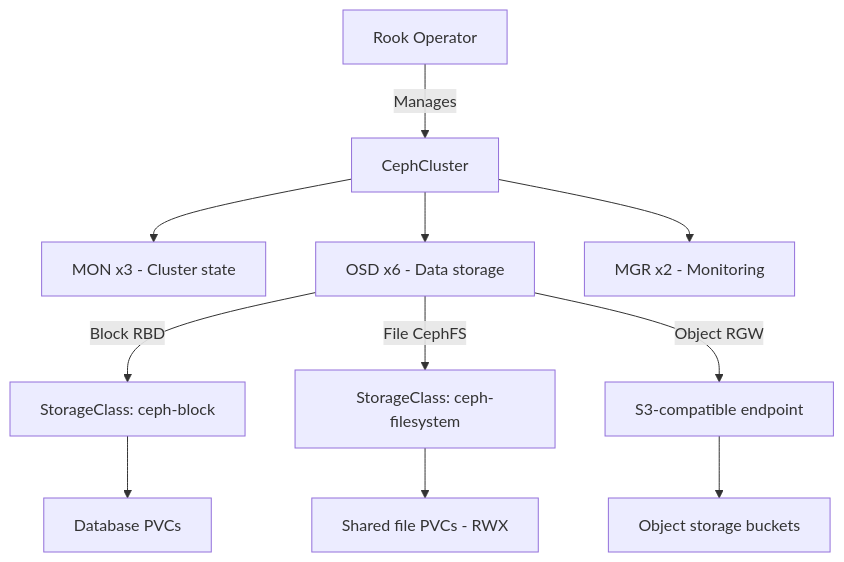
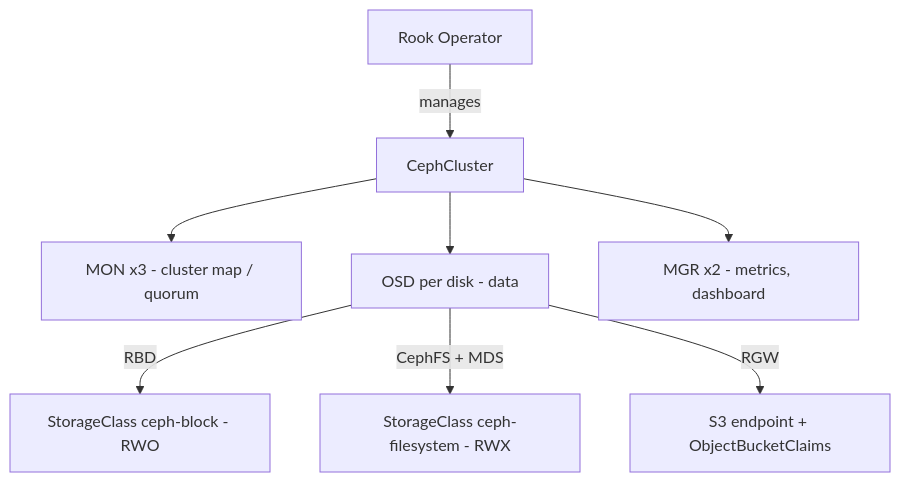
The diagram in src/content/recipes/rook-ceph-storage-kubernetes.md (greg4fun/kubernetesrecipes.github.io), drawn with Mermaid before and after one commit. The commit also changed other lines of this file and 537 other files, not shown here.

````diff
--- a/src/content/recipes/rook-ceph-storage-kubernetes.md
+++ b/src/content/recipes/rook-ceph-storage-kubernetes.md
@@ -134,13 +262,10 @@
 ```mermaid
 graph TD
-    A[Rook Operator] -->|Manages| B[CephCluster]
-    B --> C[MON x3 - Cluster state]
-    B --> D[OSD x6 - Data storage]
-    B --> E[MGR x2 - Monitoring]
-    D -->|Block RBD| F[StorageClass: ceph-block]
-    D -->|File CephFS| G[StorageClass: ceph-filesystem]
-    D -->|Object RGW| H[S3-compatible endpoint]
-    F --> I[Database PVCs]
-    G --> J[Shared file PVCs - RWX]
-    H --> K[Object storage buckets]
+    A[Rook Operator] -->|manages| B[CephCluster]
+    B --> C[MON x3 - cluster map / quorum]
+    B --> D[OSD per disk - data]
+    B --> E[MGR x2 - metrics, dashboard]
+    D -->|RBD| F[StorageClass ceph-block - RWO]
+    D -->|CephFS + MDS| G[StorageClass ceph-filesystem - RWX]
+    D -->|RGW| H[S3 endpoint + ObjectBucketClaims]
 ```
````
